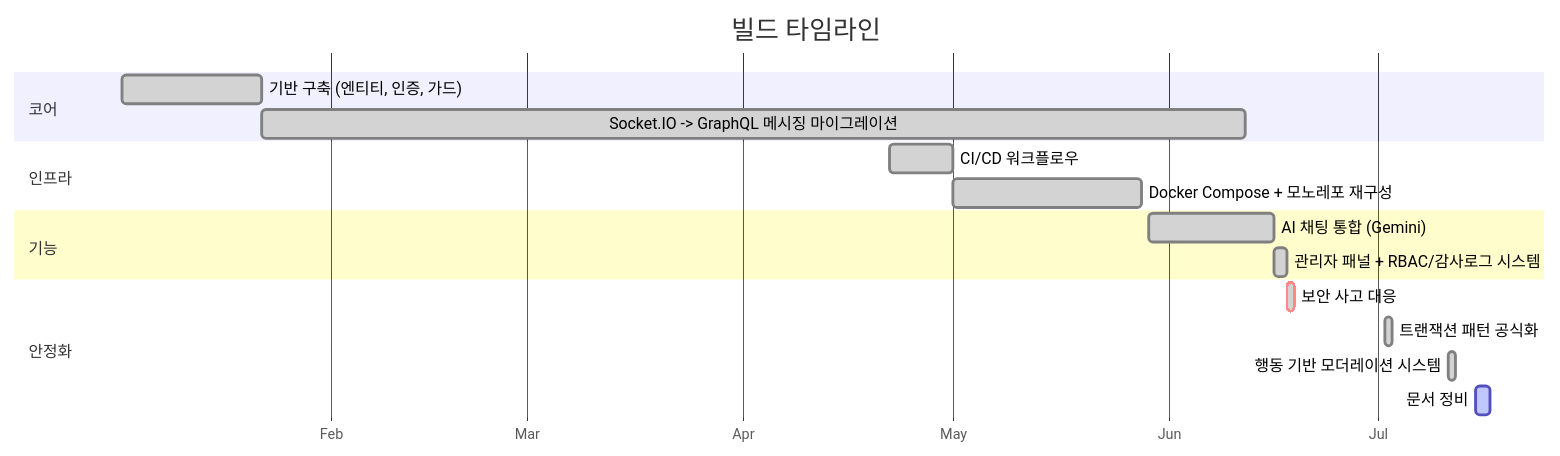
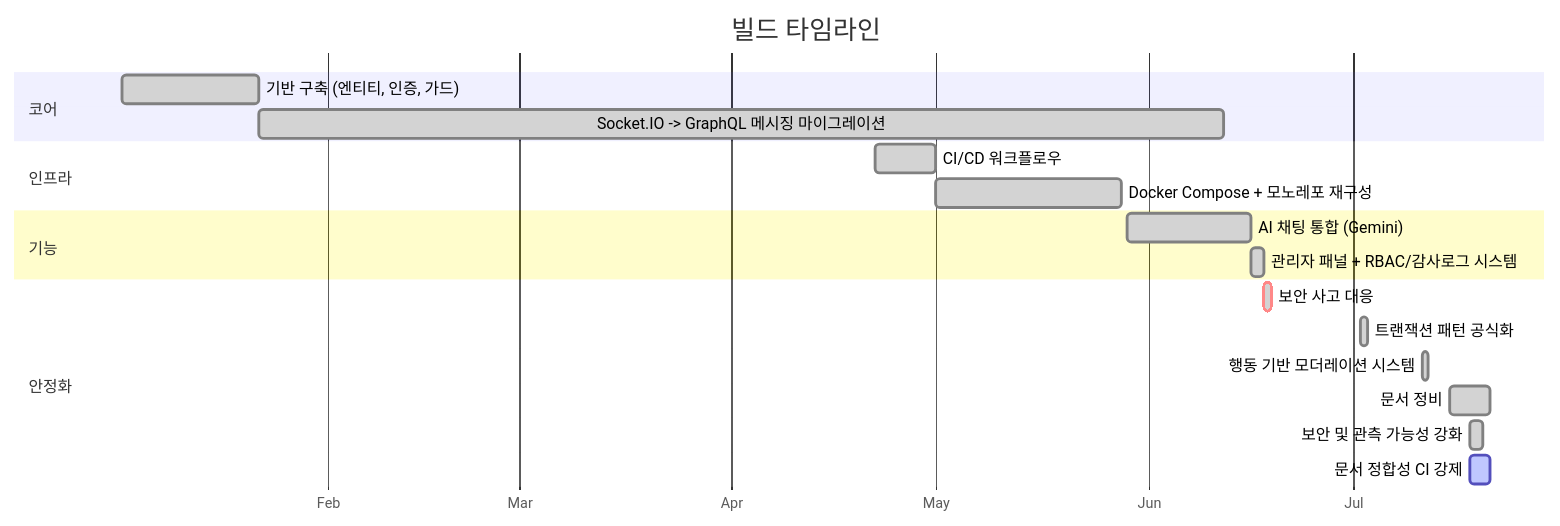
The diagram in ROADMAP.ko.md (Bluecode77732/Chat-project), drawn with Mermaid before and after one commit. The commit also changed other lines of this file and 3 other files, not shown here.

First line of the commit message:
Docs: add 2 missing ROADMAP phases, correct Planned items already implemented

````diff
--- a/ROADMAP.ko.md
+++ b/ROADMAP.ko.md
@@ -10,20 +10,22 @@
 ```mermaid
 gantt
     title 빌드 타임라인
     dateFormat YYYY-MM-DD
     axisFormat %b
     section 코어
     기반 구축 (엔티티, 인증, 가드)                :done, 2026-01-02, 20d
     Socket.IO -> GraphQL 메시징 마이그레이션        :done, 2026-01-22, 141d
     section 인프라
     CI/CD 워크플로우                               :done, 2026-04-22, 9d
     Docker Compose + 모노레포 재구성                :done, 2026-05-01, 27d
     section 기능
     AI 채팅 통합 (Gemini)                          :done, 2026-05-29, 18d
     관리자 패널 + RBAC/감사로그 시스템                :done, 2026-06-16, 2d
     section 안정화
     보안 사고 대응                                 :crit, done, 2026-06-18, 1d
     트랜잭션 패턴 공식화                            :done, 2026-07-02, 1d
     행동 기반 모더레이션 시스템                       :done, 2026-07-11, 1d
-    문서 정비                                     :active, 2026-07-15, 2d
+    문서 정비                                     :done, 2026-07-15, 6d
+    보안 및 관측 가능성 강화                          :done, 2026-07-18, 2d
+    문서 정합성 CI 강제                             :active, 2026-07-18, 3d
 ```
````
